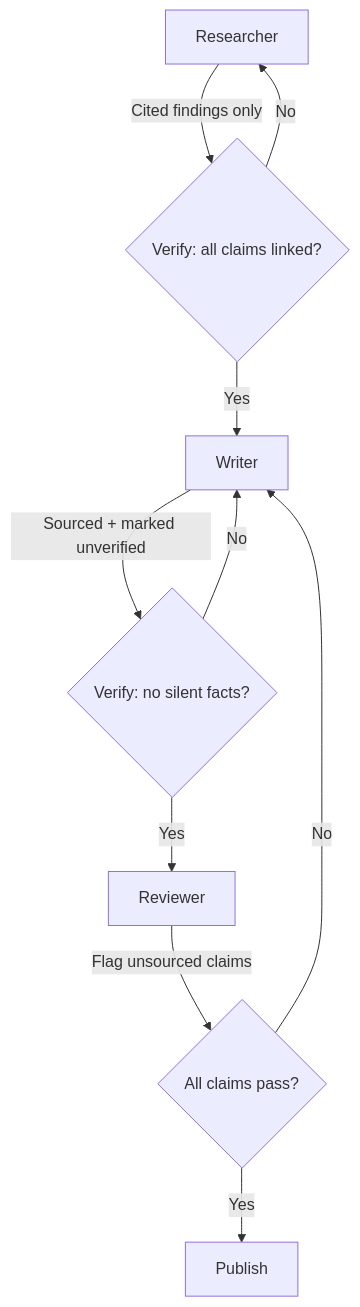
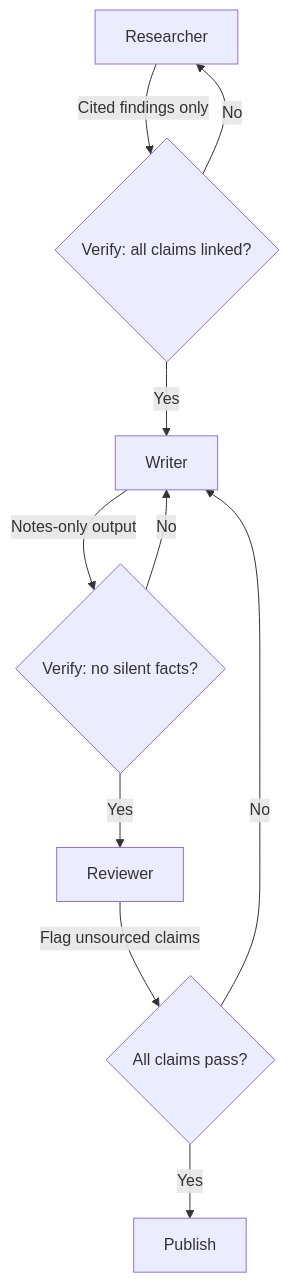
Before and after one commit to agentpatterns-ai/website: the diagram in verification/layered-accuracy-defense.md, drawn with Mermaid. The commit also changed other lines of this file and 489 other files, not shown here.

````diff
--- a/verification/layered-accuracy-defense.md
+++ b/verification/layered-accuracy-defense.md
@@ -32,12 +32,12 @@
 ```mermaid
 graph TD
     A[Researcher] -->|Cited findings only| B{Verify: all claims linked?}
     B -->|No| A
     B -->|Yes| C[Writer]
-    C -->|Sourced + marked unverified| D{Verify: no silent facts?}
+    C -->|Notes-only output| D{Verify: no silent facts?}
     D -->|No| C
     D -->|Yes| E[Reviewer]
     E -->|Flag unsourced claims| F{All claims pass?}
     F -->|No| C
     F -->|Yes| G[Publish]
 ```
````
